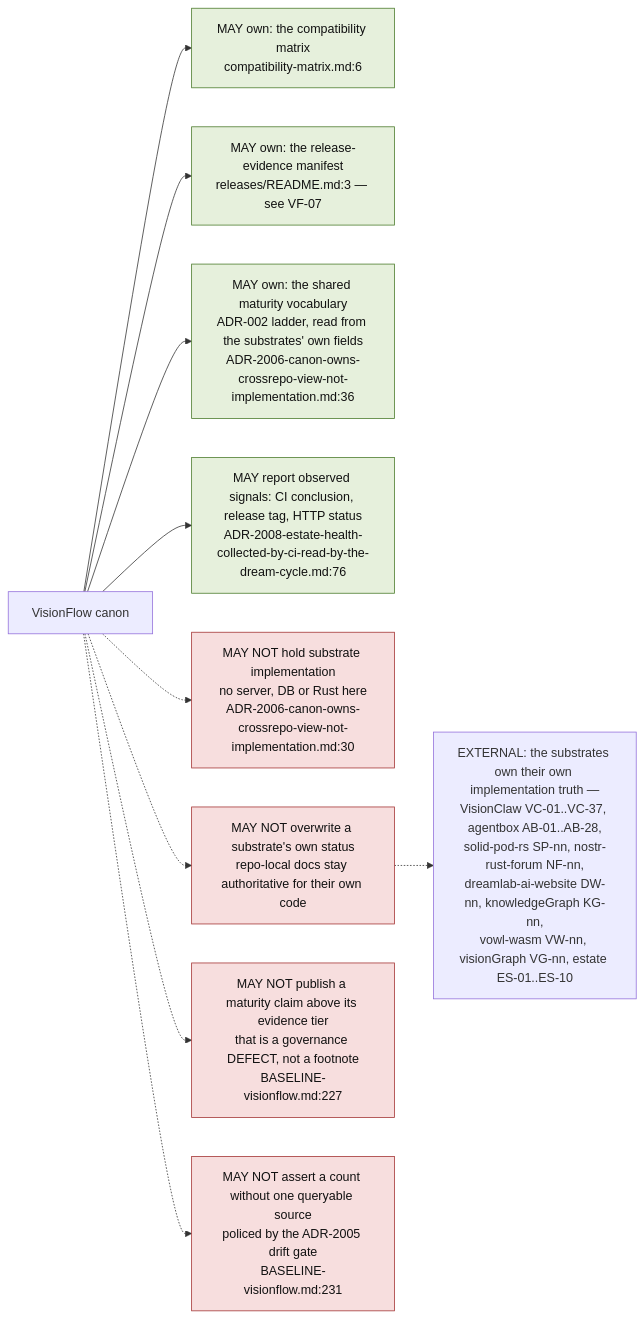
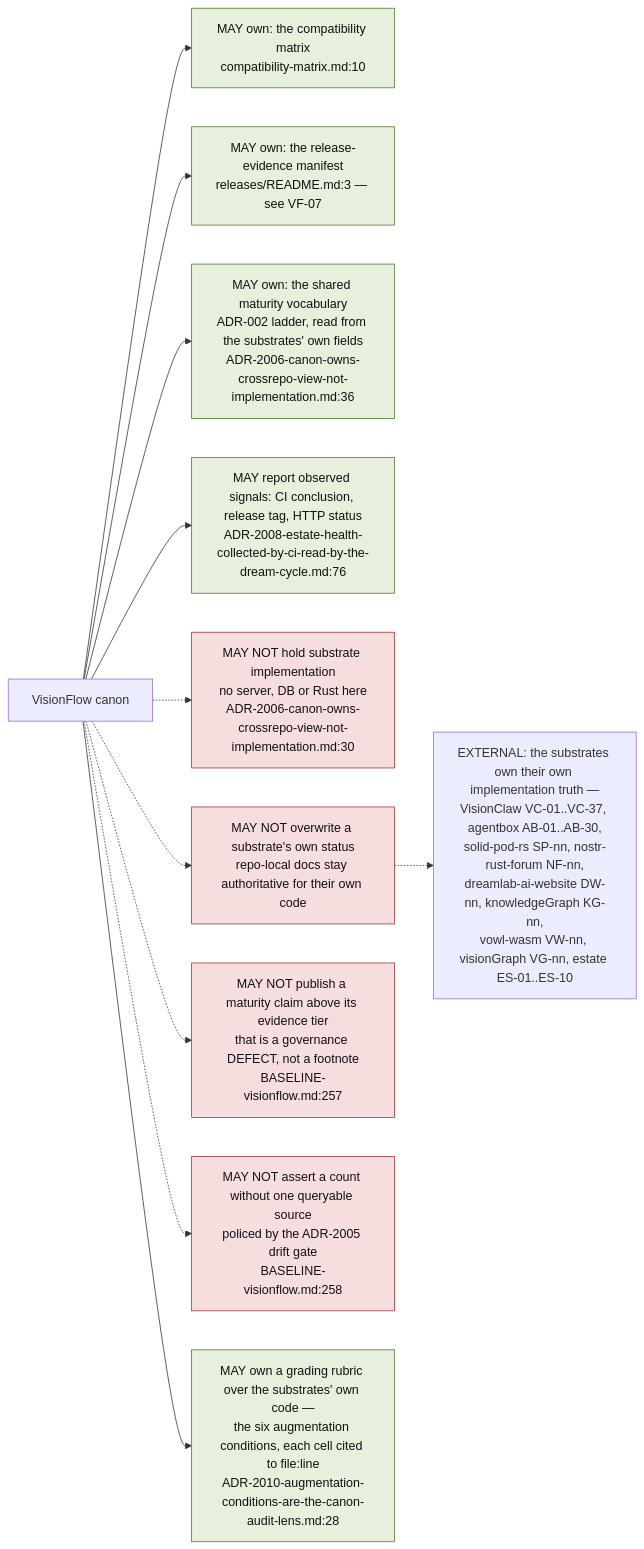
Diagram 11 of 14 in docs/diagrams/visionflow/01-repo-composition-and-canon.md (DreamLab-AI/VisionFlow), drawn with Mermaid before and after one commit. The commit also changed other lines of this file and 7 other files, not shown here.

````diff
--- a/docs/diagrams/visionflow/01-repo-composition-and-canon.md
+++ b/docs/diagrams/visionflow/01-repo-composition-and-canon.md
@@ -343,19 +363,20 @@
 ```mermaid
 flowchart LR
     classDef may fill:#e6f0dc,stroke:#4a7a2a,color:#111
     classDef mayn fill:#f7dede,stroke:#a33333,color:#111
 
     VF["VisionFlow canon"]
-    VF --> M1["MAY own: the compatibility matrix<br/>compatibility-matrix.md:6"]:::may
+    VF --> M1["MAY own: the compatibility matrix<br/>compatibility-matrix.md:10"]:::may
     VF --> M2["MAY own: the release-evidence manifest<br/>releases/README.md:3 — see VF-07"]:::may
     VF --> M3["MAY own: the shared maturity vocabulary<br/>ADR-002 ladder, read from the substrates' own fields<br/>ADR-2006-canon-owns-crossrepo-view-not-implementation.md:36"]:::may
     VF --> M4["MAY report observed signals: CI conclusion, release tag, HTTP status<br/>ADR-2008-estate-health-collected-by-ci-read-by-the-dream-cycle.md:76"]:::may
 
     VF -.-> N1["MAY NOT hold substrate implementation<br/>no server, DB or Rust here<br/>ADR-2006-canon-owns-crossrepo-view-not-implementation.md:30"]:::mayn
     VF -.-> N2["MAY NOT overwrite a substrate's own status<br/>repo-local docs stay authoritative for their own code"]:::mayn
-    VF -.-> N3["MAY NOT publish a maturity claim above its evidence tier<br/>that is a governance DEFECT, not a footnote<br/>BASELINE-visionflow.md:227"]:::mayn
-    VF -.-> N4["MAY NOT assert a count without one queryable source<br/>policed by the ADR-2005 drift gate<br/>BASELINE-visionflow.md:231"]:::mayn
+    VF -.-> N3["MAY NOT publish a maturity claim above its evidence tier<br/>that is a governance DEFECT, not a footnote<br/>BASELINE-visionflow.md:257"]:::mayn
+    VF -.-> N4["MAY NOT assert a count without one queryable source<br/>policed by the ADR-2005 drift gate<br/>BASELINE-visionflow.md:258"]:::mayn
+    VF --> M5["MAY own a grading rubric over the substrates' own code —<br/>the six augmentation conditions, each cell cited to file:line<br/>ADR-2010-augmentation-conditions-are-the-canon-audit-lens.md:28"]:::may
 
-    EXT["EXTERNAL: the substrates own their own implementation truth —<br/>VisionClaw VC-01..VC-37, agentbox AB-01..AB-28,<br/>solid-pod-rs SP-nn, nostr-rust-forum NF-nn,<br/>dreamlab-ai-website DW-nn, knowledgeGraph KG-nn,<br/>vowl-wasm VW-nn, visionGraph VG-nn, estate ES-01..ES-10"]
+    EXT["EXTERNAL: the substrates own their own implementation truth —<br/>VisionClaw VC-01..VC-37, agentbox AB-01..AB-30,<br/>solid-pod-rs SP-nn, nostr-rust-forum NF-nn,<br/>dreamlab-ai-website DW-nn, knowledgeGraph KG-nn,<br/>vowl-wasm VW-nn, visionGraph VG-nn, estate ES-01..ES-10"]
     N2 -.-> EXT
 ```
````
